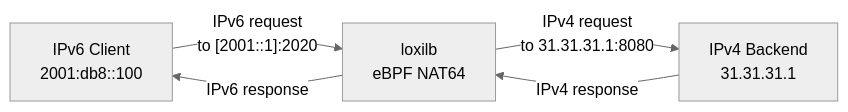
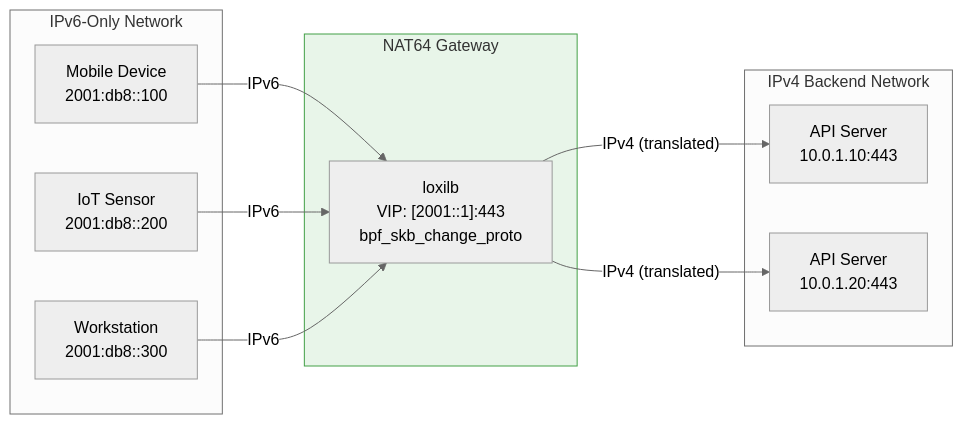
One commit to NLX-SeokHwanKong/loxilbdocs changed the second of 3 diagrams in docs/network-gateway/nat64.md. Above: the diagram before and after it, drawn with Mermaid (neutral theme). The commit also changed other lines of this file, not shown here.

First line of the commit message:
docs(12-02): enhance NAT64 with dual-stack translation internals and deployment scenarios

````diff
--- a/docs/network-gateway/nat64.md
+++ b/docs/network-gateway/nat64.md
@@ -15,7 +133,25 @@
 ```mermaid
 flowchart LR
-    A["IPv6 Client\n2001:db8::100"] -->|"IPv6 request\nto [2001::1]:2020"| B["loxilb\neBPF NAT64"]
-    B -->|"IPv4 request\nto 31.31.31.1:8080"| C["IPv4 Backend\n31.31.31.1"]
-    C -->|"IPv4 response"| B
-    B -->|"IPv6 response"| A
+    subgraph ipv6_net ["IPv6-Only Network"]
+        M1["Mobile Device<br/>2001:db8::100"]
+        M2["IoT Sensor<br/>2001:db8::200"]
+        W1["Workstation<br/>2001:db8::300"]
+    end
+
+    subgraph loxilb_gw ["NAT64 Gateway"]
+        LB["loxilb<br/>VIP: [2001::1]:443<br/>bpf_skb_change_proto"]
+    end
+
+    subgraph ipv4_net ["IPv4 Backend Network"]
+        B1["API Server<br/>10.0.1.10:443"]
+        B2["API Server<br/>10.0.1.20:443"]
+    end
+
+    M1 -->|"IPv6"| LB
+    M2 -->|"IPv6"| LB
+    W1 -->|"IPv6"| LB
+    LB -->|"IPv4 (translated)"| B1
+    LB -->|"IPv4 (translated)"| B2
+
+    style loxilb_gw fill:#e8f5e9,stroke:#43a047
 ```
````
